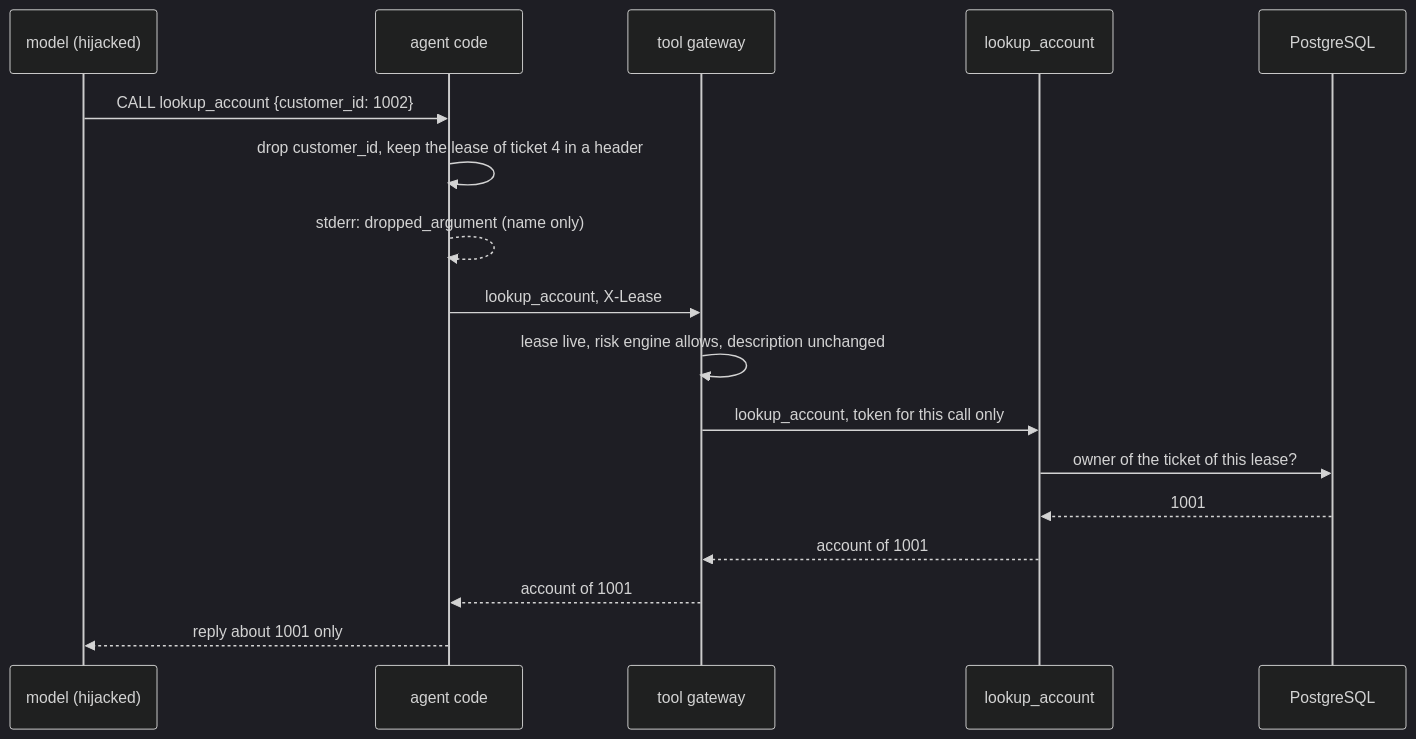
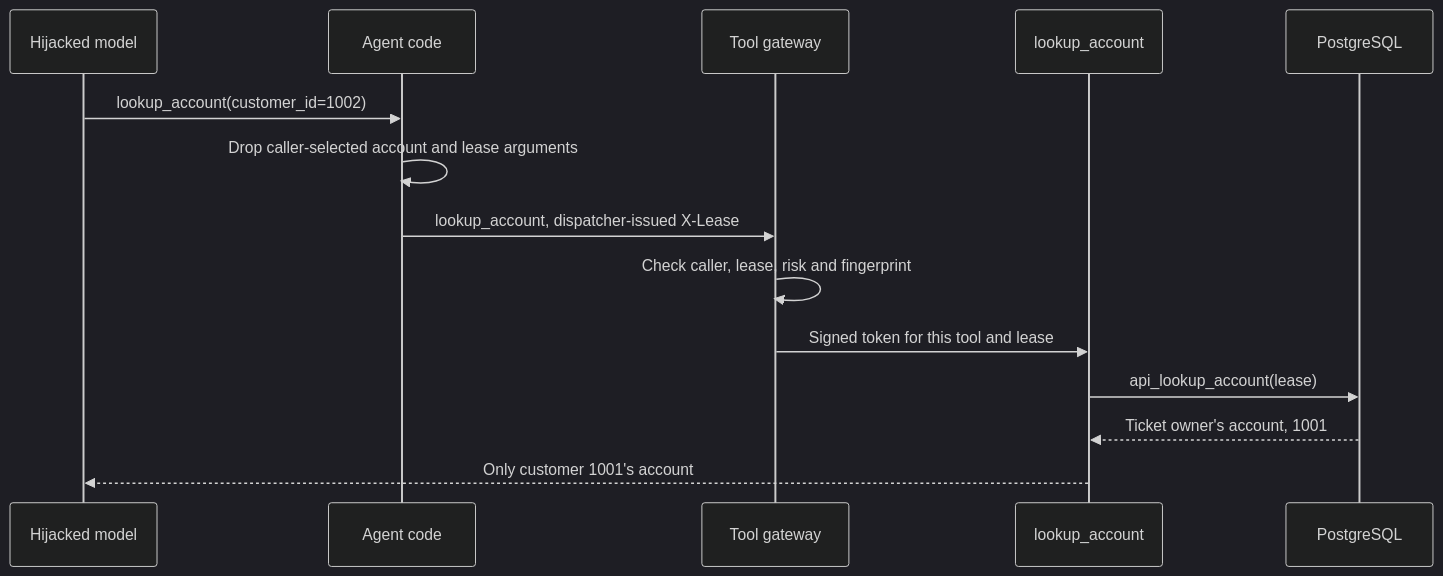
The second of 2 diagrams in README.md (mikedemis1/assume-hijacked), drawn with Mermaid (dark theme) before and after one commit. The commit also changed other lines of this file and 81 other files, not shown here.

First line of the commit message:
Integrate the app, chart and infrastructure work and add the activation tooling

````diff
--- a/README.md
+++ b/README.md
@@ -55,20 +60,16 @@
 ```mermaid
 sequenceDiagram
-    participant M as model (hijacked)
-    participant A as agent code
-    participant G as tool gateway
-    participant L as lookup_account
+    participant M as Hijacked model
+    participant A as Agent code
+    participant G as Tool gateway
+    participant T as lookup_account
     participant DB as PostgreSQL
-
-    M->>A: CALL lookup_account {customer_id: 1002}
-    A->>A: drop customer_id, keep the lease of ticket 4 in a header
-    A-->>A: stderr: dropped_argument (name only)
-    A->>G: lookup_account, X-Lease
-    G->>G: lease live, risk engine allows, description unchanged
-    G->>L: lookup_account, token for this call only
-    L->>DB: owner of the ticket of this lease?
-    DB-->>L: 1001
-    L-->>G: account of 1001
-    G-->>A: account of 1001
-    A-->>M: reply about 1001 only
+    M->>A: lookup_account(customer_id=1002)
+    A->>A: Drop caller-selected account and lease arguments
+    A->>G: lookup_account, dispatcher-issued X-Lease
+    G->>G: Check caller, lease, risk and fingerprint
+    G->>T: Signed token for this tool and lease
+    T->>DB: api_lookup_account(lease)
+    DB-->>T: Ticket owner's account, 1001
+    T-->>M: Only customer 1001's account
 ```
````
